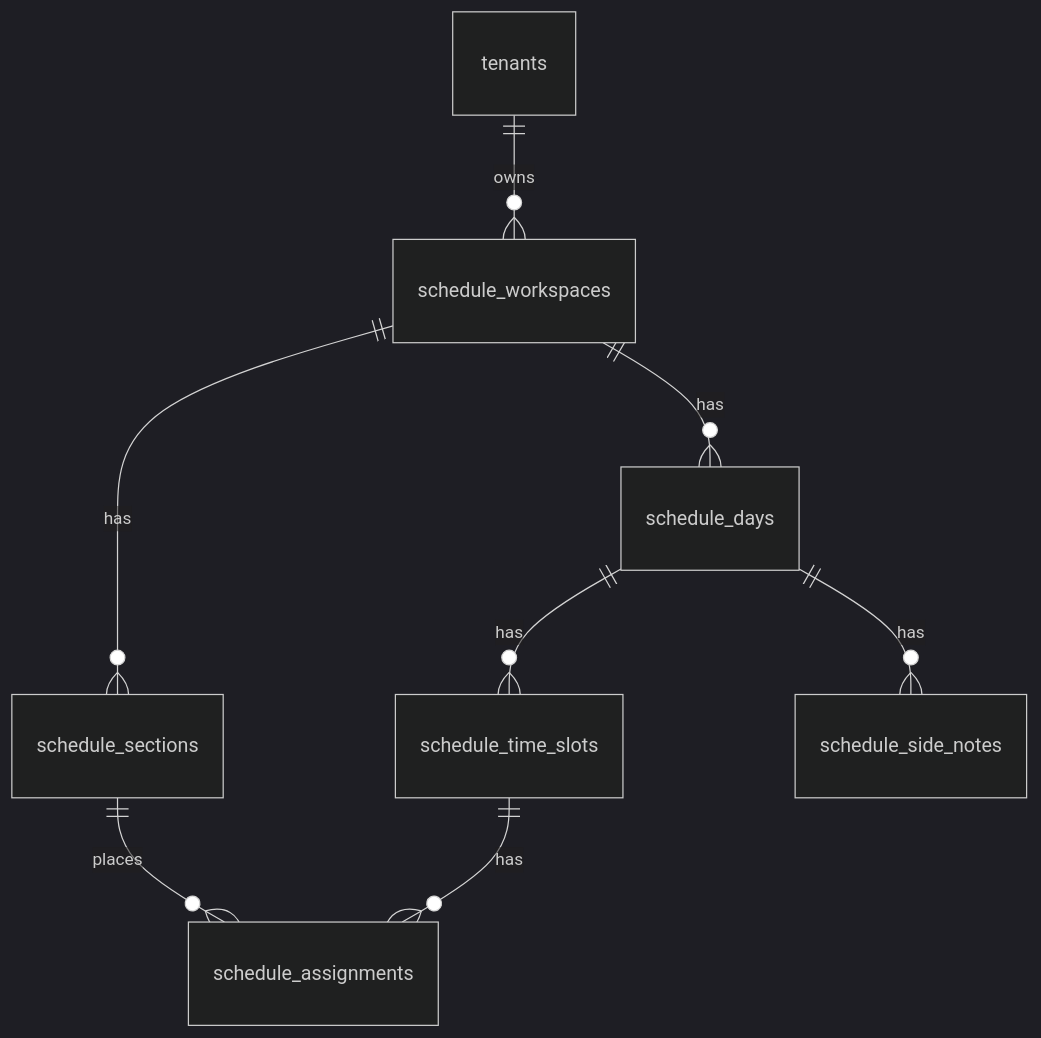
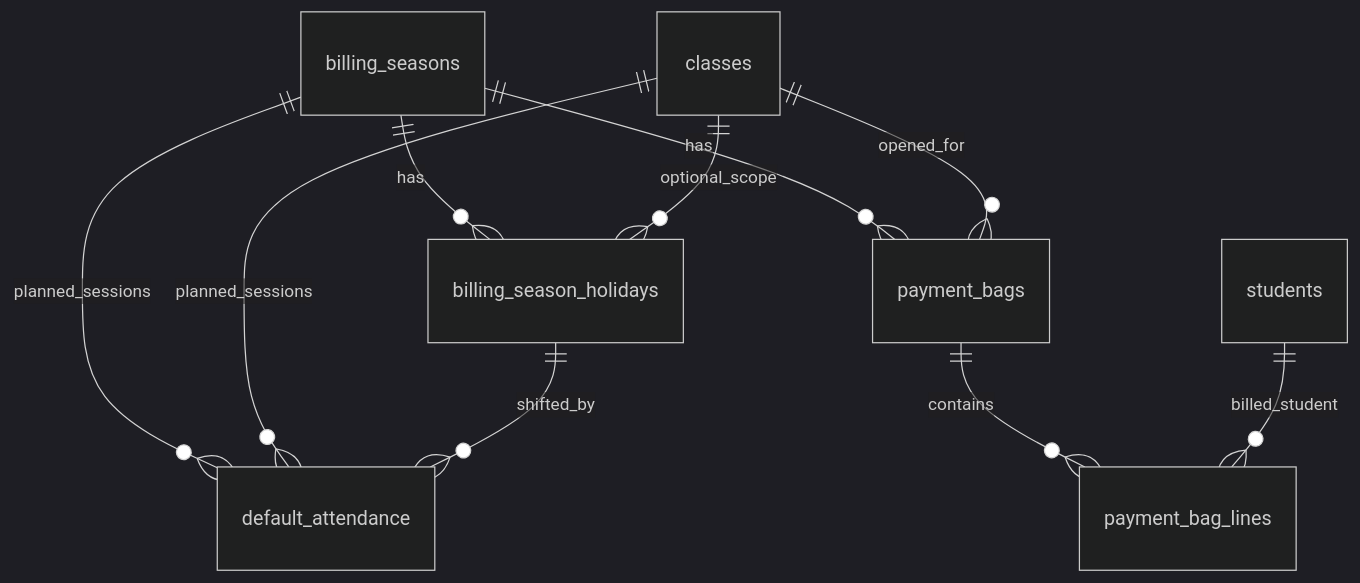
The second of 3 diagrams in docs/supabase-db-map.md (oscar010233-netizen/chienyi-talk), drawn with Mermaid (dark theme) before and after one commit. The commit also changed other lines of this file and 71 other files, not shown here.

First line of the commit message:
feat: workspace panels, schedule grid, buffer, reinforcement, billing modules

````diff
--- a/docs/supabase-db-map.md
+++ b/docs/supabase-db-map.md
@@ -60,10 +49,14 @@
 ```mermaid
 erDiagram
-  tenants ||--o{ schedule_workspaces : owns
-  schedule_workspaces ||--o{ schedule_sections : has
-  schedule_workspaces ||--o{ schedule_days : has
-  schedule_days ||--o{ schedule_time_slots : has
-  schedule_time_slots ||--o{ schedule_assignments : has
-  schedule_sections ||--o{ schedule_assignments : places
-  schedule_days ||--o{ schedule_side_notes : has
+  billing_seasons ||--o{ billing_season_holidays : has
+  classes ||--o{ billing_season_holidays : optional_scope
+
+  billing_seasons ||--o{ default_attendance : planned_sessions
+  classes ||--o{ default_attendance : planned_sessions
+  billing_season_holidays ||--o{ default_attendance : shifted_by
+
+  billing_seasons ||--o{ payment_bags : has
+  classes ||--o{ payment_bags : opened_for
+  payment_bags ||--o{ payment_bag_lines : contains
+  students ||--o{ payment_bag_lines : billed_student
 ```
````
